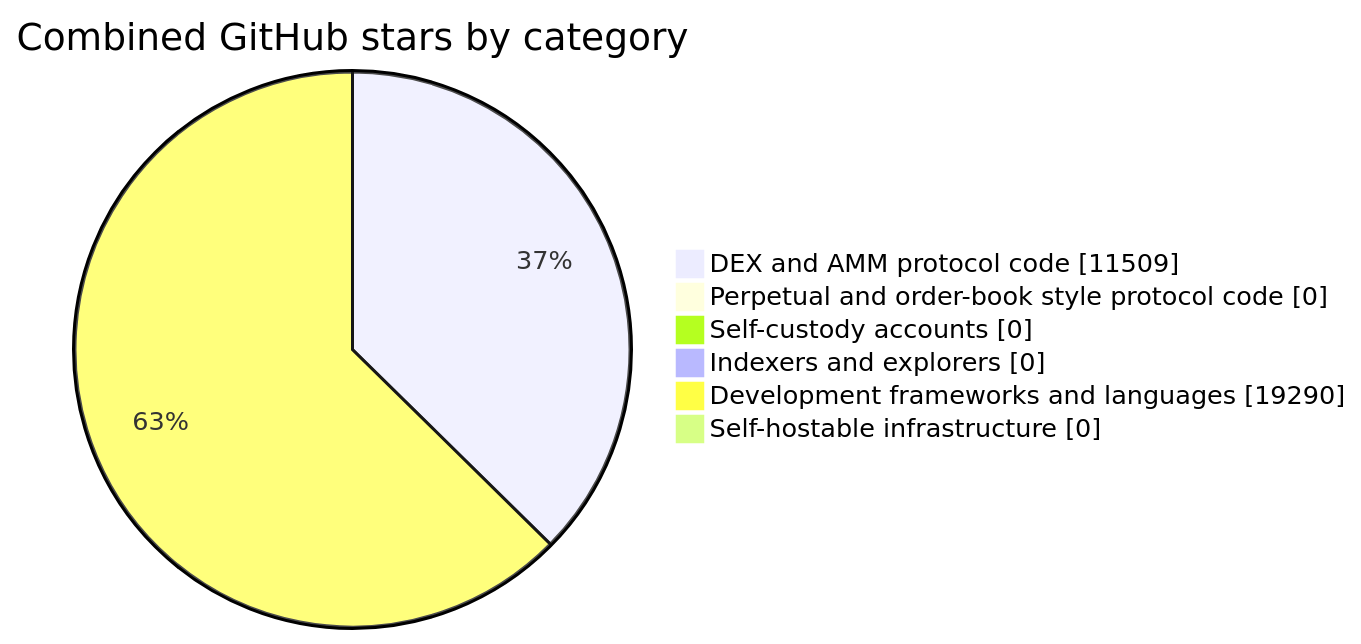
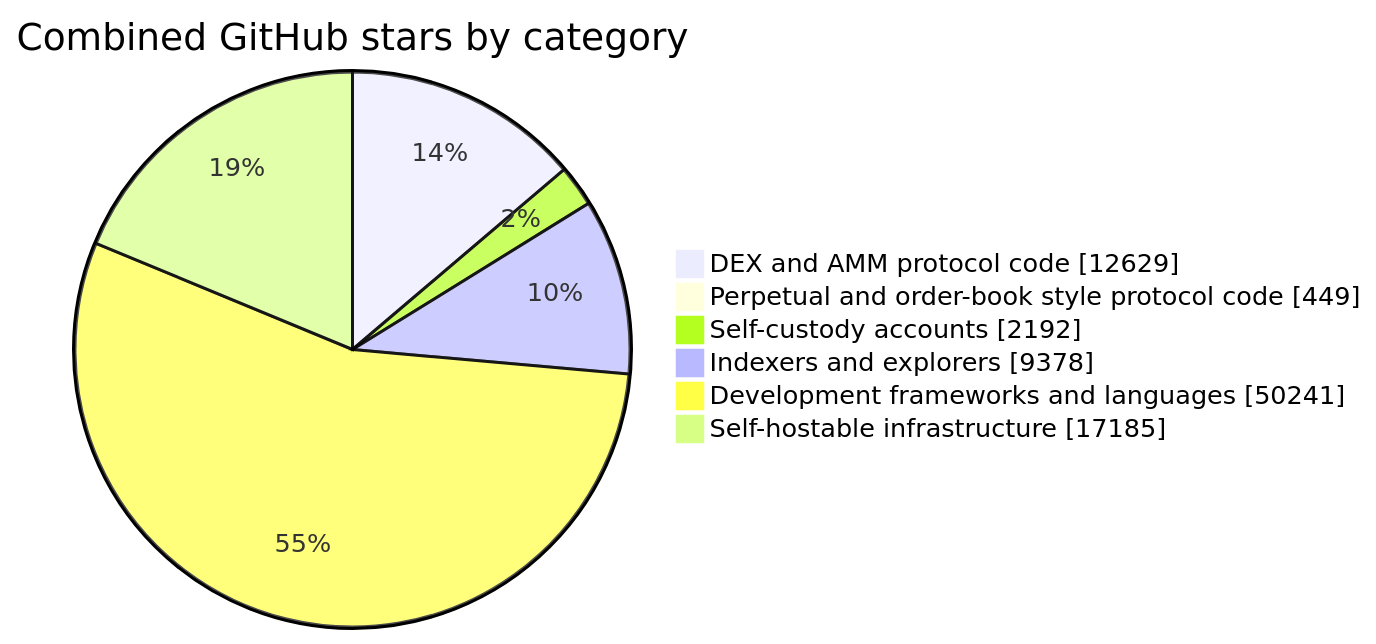
The diagram in README.md (EdisonTKPcom/Awesome-Craft-Web3), drawn with Mermaid before and after one commit. The commit also changed other lines of this file, not shown here.

````diff
--- a/README.md
+++ b/README.md
@@ -62,10 +67,10 @@
 ```mermaid
 pie showData
     title Combined GitHub stars by category
-    "DEX and AMM protocol code" : 11509
-    "Perpetual and order-book style protocol code" : 0
-    "Self-custody accounts" : 0
-    "Indexers and explorers" : 0
-    "Development frameworks and languages" : 19290
-    "Self-hostable infrastructure" : 0
+    "DEX and AMM protocol code" : 12629
+    "Perpetual and order-book style protocol code" : 449
+    "Self-custody accounts" : 2192
+    "Indexers and explorers" : 9378
+    "Development frameworks and languages" : 50241
+    "Self-hostable infrastructure" : 17185
 ```
````
